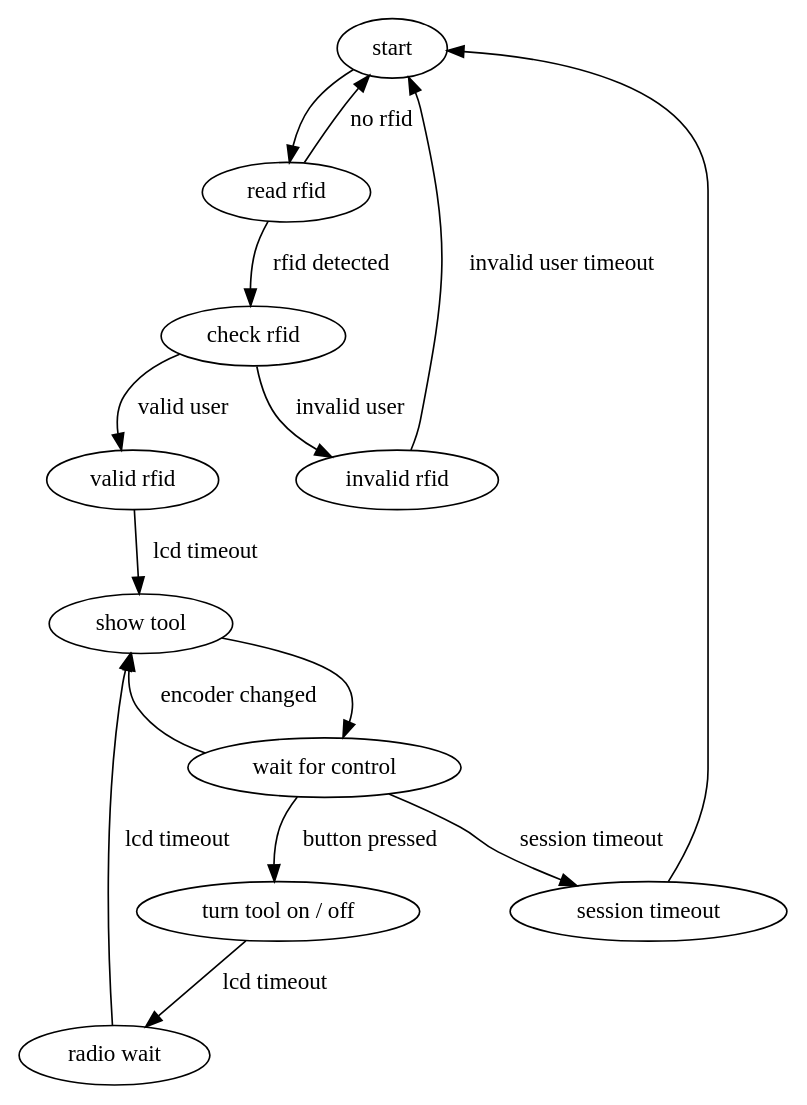
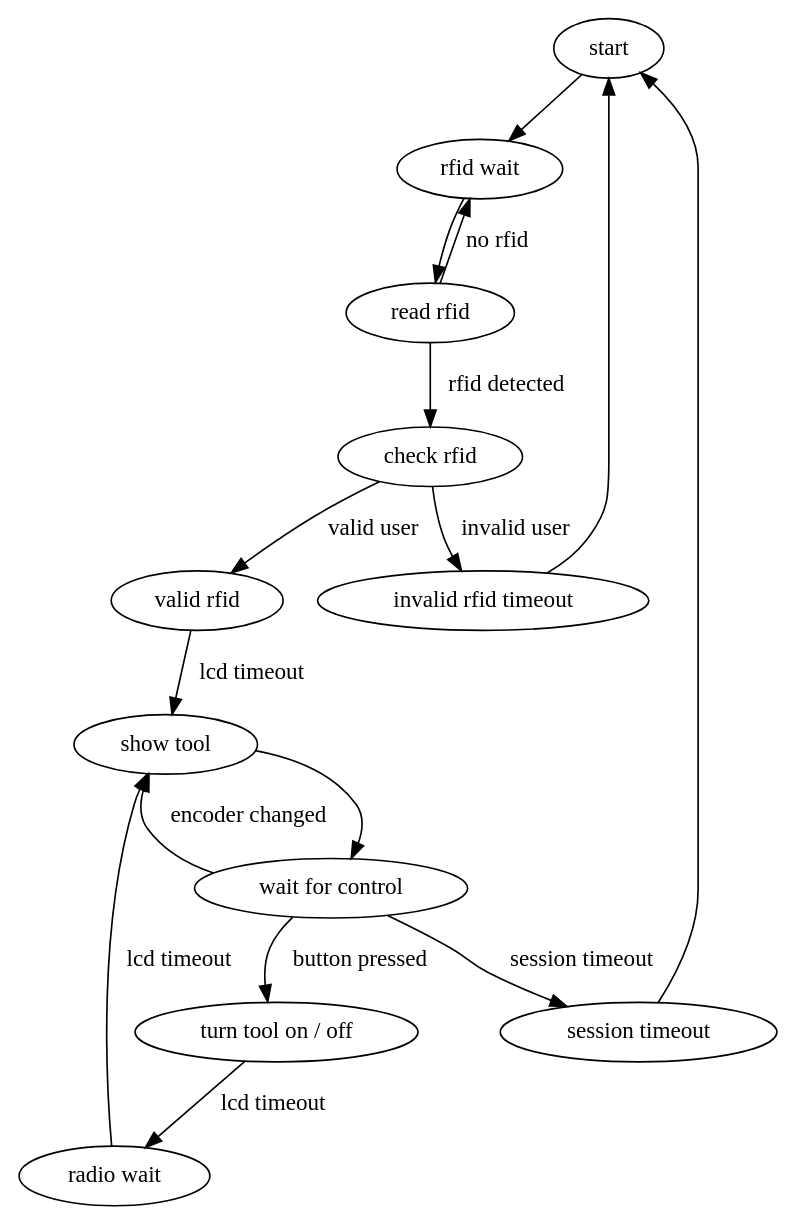
One commit to mattvenn/hackspace-power-controller changed the diagram in software/fsm.dot. Above: the diagram before and after it, drawn with Graphviz. The commit also changed 2 other files, not shown here.

```diff
--- a/software/fsm.dot
+++ b/software/fsm.dot
@@ -1,34 +1,35 @@
 strict digraph G {
-
     start;
     read_rfid[label="read rfid"];
+    rfid_wait[label="rfid wait"];
     check_rfid[label="check rfid"];
     rfid_valid[label="valid rfid"];
-    rfid_invalid[label="invalid rfid"];
+    rfid_invalid[label="invalid rfid timeout"];
     wait_control[label="wait for control"];
     lcd_show_tool[label="show tool"];
     timeout[label="session timeout"];
     turn_on_off[label="turn tool on / off"];
     wait_radio[label="radio wait"];
 
-    start -> read_rfid;
-    read_rfid -> start[label="no rfid"]
+    start -> rfid_wait;
+    rfid_wait -> read_rfid;
+    read_rfid -> rfid_wait[label="no rfid"]
     read_rfid -> check_rfid[label="rfid detected"]
 
     check_rfid -> rfid_valid[label="valid user"];
     check_rfid -> rfid_invalid[label="invalid user"];
 
-    rfid_invalid -> start[label="invalid user timeout"];
+    rfid_invalid -> start;
 
     rfid_valid -> lcd_show_tool[label="lcd timeout"];
 
     lcd_show_tool -> wait_control
     wait_control -> lcd_show_tool[label="lcd timeout"]
     wait_control -> lcd_show_tool[label="encoder changed"]
     wait_control -> timeout[label="session timeout"]
     timeout -> start
 
     wait_control -> turn_on_off[label="button pressed"];
     turn_on_off -> wait_radio[label="lcd timeout"];
     wait_radio -> lcd_show_tool[label="lcd timeout"];
 }
```
